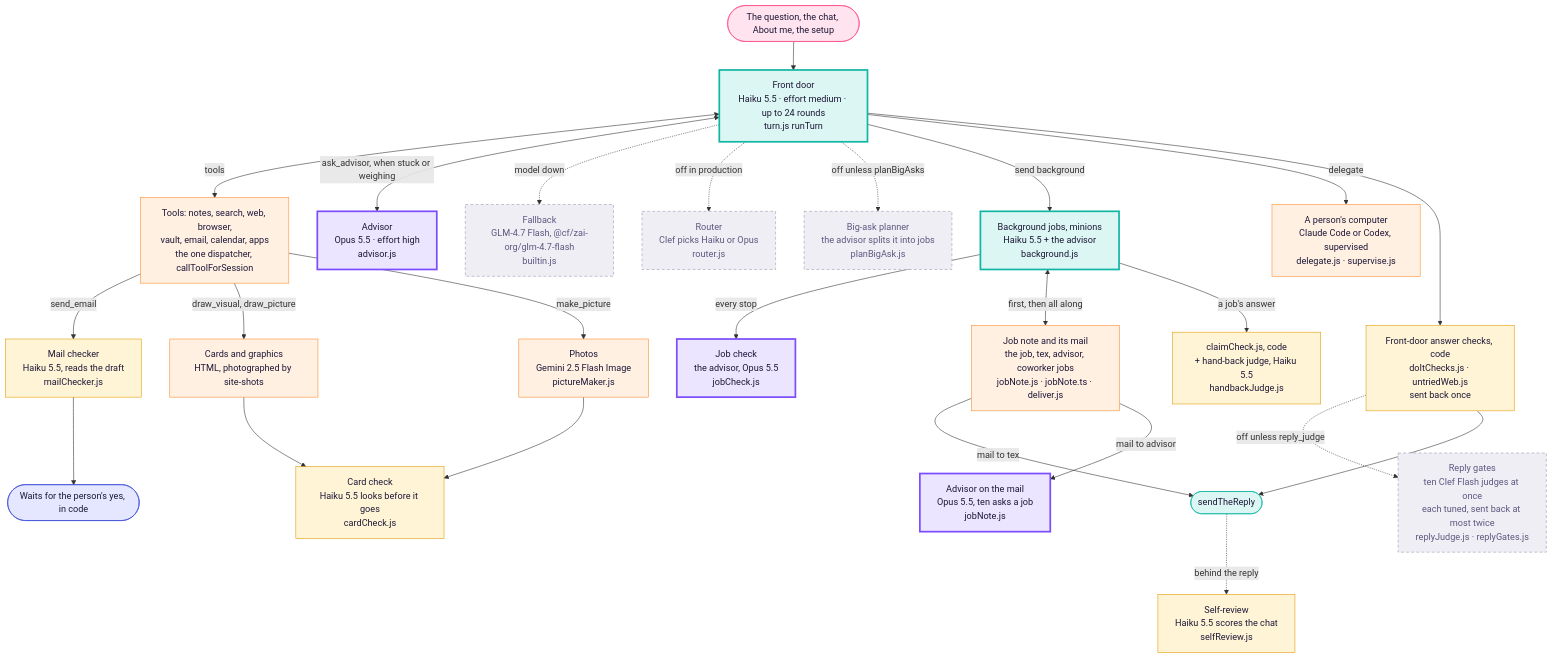
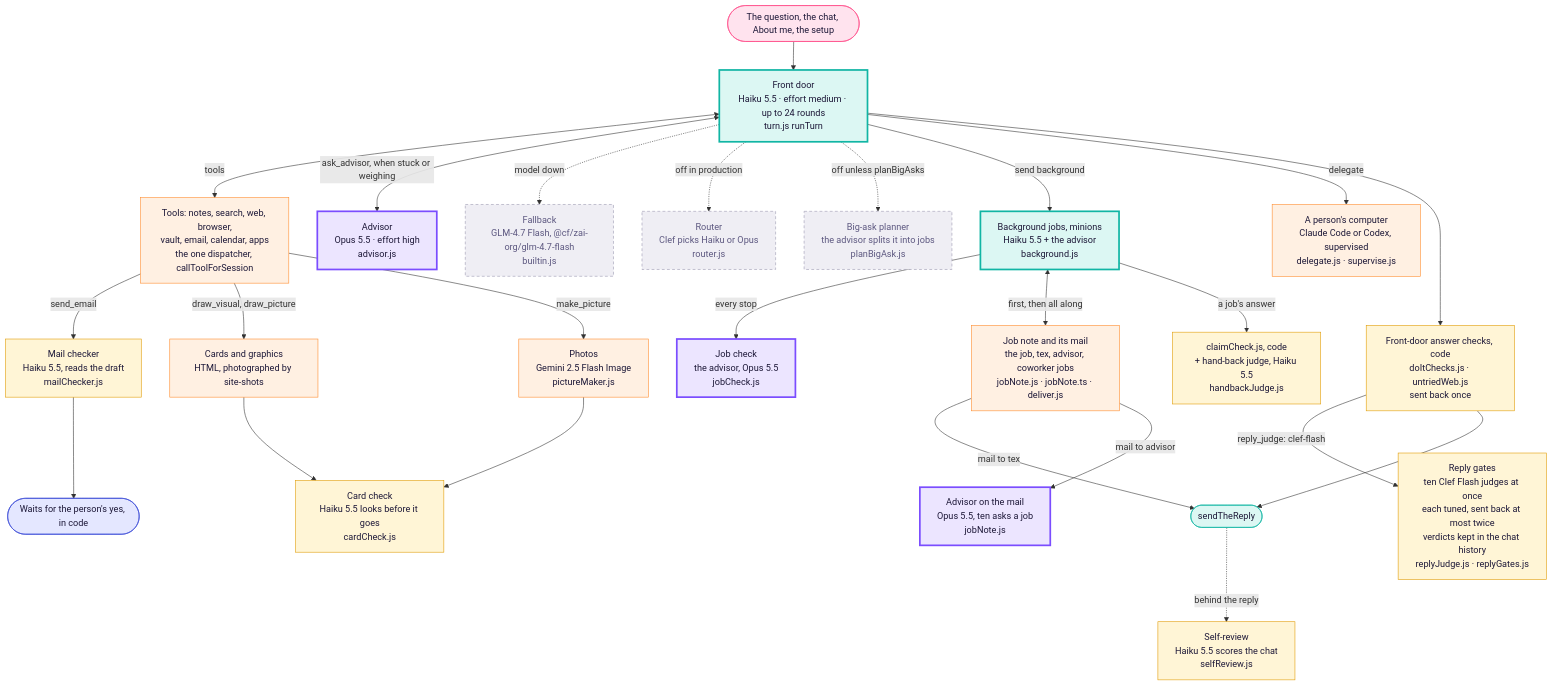
Before and after one commit to Supa-Media/context: the third of 3 diagrams in docs/architecture/tex.md, drawn with Mermaid. The commit also changed other lines of this file and 10 other files, not shown here.

First line of the commit message:
Tex history keeps every judging of a draft reply: each judge's score, and whether it went

````diff
--- a/docs/architecture/tex.md
+++ b/docs/architecture/tex.md
@@ -108,39 +108,39 @@
 ```mermaid
 flowchart TB
   Q([The question, the chat, About me, the setup]):::you --> FD
   FD["Front door<br/>Haiku 5.5 · effort medium · up to 24 rounds<br/>turn.js runTurn"]:::haiku
   FD <-->|tools| T["Tools: notes, search, web, browser,<br/>vault, email, calendar, apps<br/>the one dispatcher, callToolForSession"]:::tool
   FD <-->|ask_advisor, when stuck or weighing| ADV["Advisor<br/>Opus 5.5 · effort high<br/>advisor.js"]:::opus
   FD -. model down .-> FB["Fallback<br/>GLM-4.7 Flash, @cf/zai-org/glm-4.7-flash<br/>builtin.js"]:::off
   FD -. off in production .-> RT["Router<br/>Clef picks Haiku or Opus<br/>router.js"]:::off
   FD -. off unless planBigAsks .-> PL["Big-ask planner<br/>the advisor splits it into jobs<br/>planBigAsk.js"]:::off
 
   FD -->|send background| JOB["Background jobs, minions<br/>Haiku 5.5 + the advisor<br/>background.js"]:::haiku
   JOB -->|every stop| JC["Job check<br/>the advisor, Opus 5.5<br/>jobCheck.js"]:::opus
   JOB <-->|first, then all along| JN["Job note and its mail<br/>the job, tex, advisor, coworker jobs<br/>jobNote.js · jobNote.ts · deliver.js"]:::tool
   JN -->|mail to tex| SEND
   JN -->|mail to advisor| JNA["Advisor on the mail<br/>Opus 5.5, ten asks a job<br/>jobNote.js"]:::opus
   JOB -->|a job's answer| JCK["claimCheck.js, code<br/>+ hand-back judge, Haiku 5.5<br/>handbackJudge.js"]:::judge
   FD -->|delegate| DL["A person's computer<br/>Claude Code or Codex, supervised<br/>delegate.js · supervise.js"]:::tool
 
   T -->|send_email| MC["Mail checker<br/>Haiku 5.5, reads the draft<br/>mailChecker.js"]:::judge
   MC --> YES([Waits for the person's yes, in code]):::rail
   T -->|draw_visual, draw_picture| PIC["Cards and graphics<br/>HTML, photographed by site-shots"]:::tool
   T -->|make_picture| IMG["Photos<br/>Gemini 2.5 Flash Image<br/>pictureMaker.js"]:::tool
   PIC --> CC["Card check<br/>Haiku 5.5 looks before it goes<br/>cardCheck.js"]:::judge
   IMG --> CC
 
   FD --> CHK["Front-door answer checks, code<br/>doItChecks.js · untriedWeb.js<br/>sent back once"]:::judge
-  CHK -. off unless reply_judge .-> RJ["Reply gates<br/>ten Clef Flash judges at once<br/>each tuned, sent back at most twice<br/>replyJudge.js · replyGates.js"]:::off
+  CHK -->|reply_judge: clef-flash| RJ["Reply gates<br/>ten Clef Flash judges at once<br/>each tuned, sent back at most twice<br/>verdicts kept in the chat history<br/>replyJudge.js · replyGates.js"]:::judge
   CHK --> SEND([sendTheReply]):::door
   SEND -. behind the reply .-> SR["Self-review<br/>Haiku 5.5 scores the chat<br/>selfReview.js"]:::judge
 
   classDef you fill:#ffe3ee,stroke:#ff4f8b,color:#1d1838
   classDef haiku fill:#dcf7f3,stroke:#11b5a4,stroke-width:3px,color:#1d1838
   classDef opus fill:#ece5ff,stroke:#7b4dff,stroke-width:3px,color:#1d1838
   classDef judge fill:#fff5d6,stroke:#e09a00,color:#1d1838
   classDef tool fill:#fff0e2,stroke:#ff8a2a,color:#1d1838
   classDef rail fill:#e4e7ff,stroke:#3c4bd6,color:#1d1838
   classDef door fill:#dcf7f3,stroke:#11b5a4,color:#1d1838
   classDef off fill:#efeef4,stroke:#9a97b0,stroke-dasharray:5 4,color:#5d5880
 ```
````
